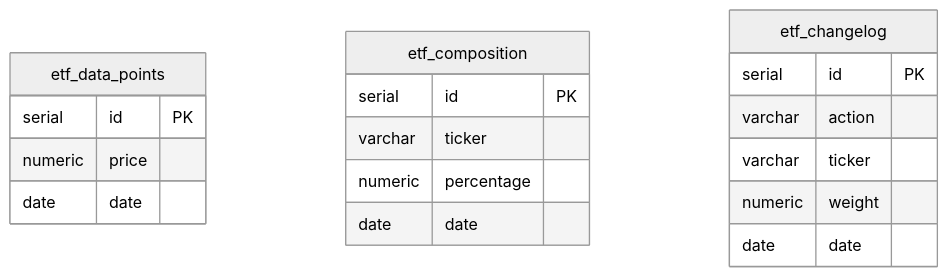
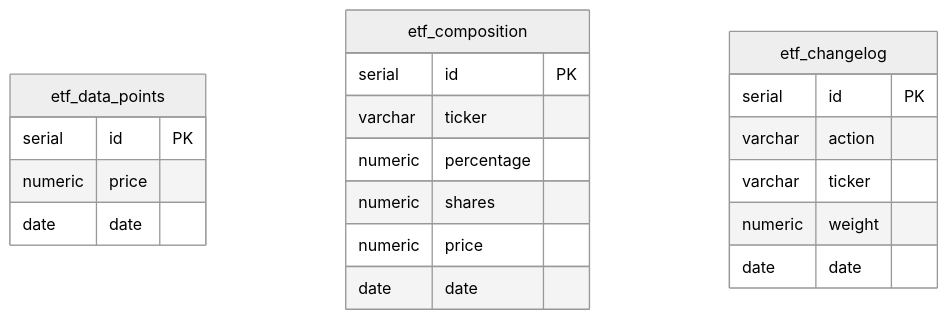
Before and after one commit to devinramsammy/wsb-etf: the second of 2 diagrams in README.md, drawn with Mermaid (neutral theme). The commit also changed other lines of this file and 20 other files, not shown here.

````diff
--- a/README.md
+++ b/README.md
@@ -111,21 +110,23 @@
 ```mermaid
 erDiagram
   etf_data_points {
     serial id PK
     numeric price
     date date
   }
   etf_composition {
     serial id PK
     varchar ticker
     numeric percentage
+    numeric shares
+    numeric price
     date date
   }
   etf_changelog {
     serial id PK
     varchar action
     varchar ticker
     numeric weight
     date date
   }
 ```
````
